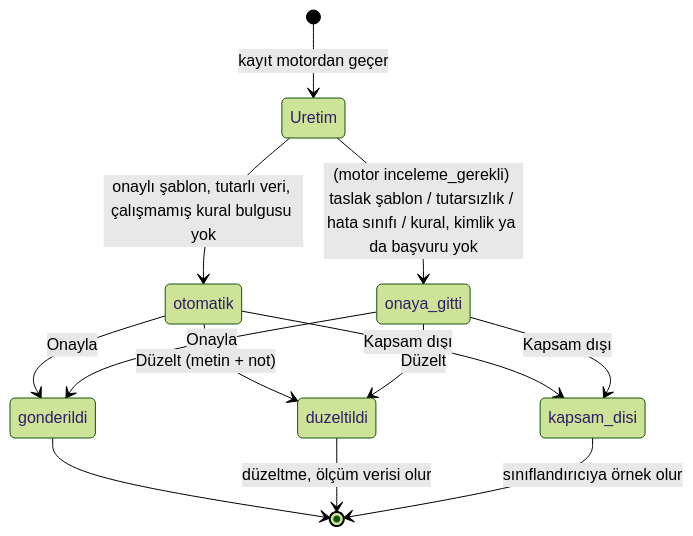
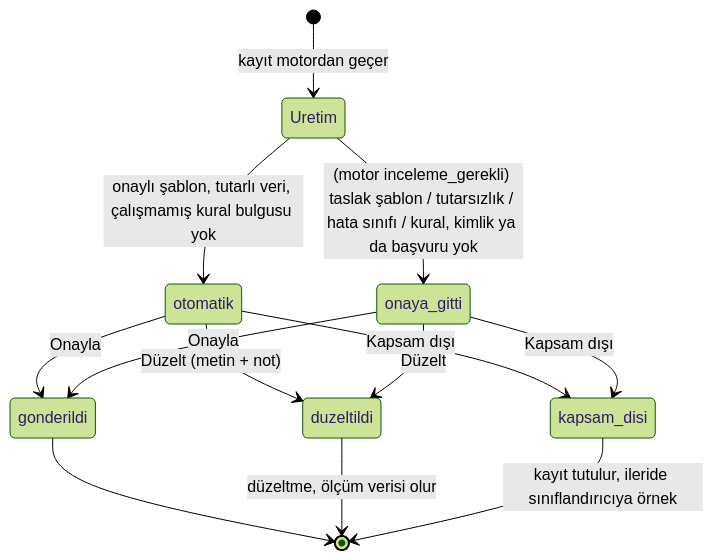
One commit to MertAErntrk/ykb-insource-projects changed the diagram in strateji-cevap/docs/analiz_mimari/diyagram/09_durum.mmd. Above: the diagram before and after it, drawn with Mermaid (forest theme). The commit also changed 7 other files, not shown here.

```diff
--- a/strateji-cevap/docs/analiz_mimari/diyagram/09_durum.mmd
+++ b/strateji-cevap/docs/analiz_mimari/diyagram/09_durum.mmd
@@ -1,13 +1,13 @@
 stateDiagram-v2
     [*] --> Uretim : kayıt motordan geçer
     Uretim --> otomatik : onaylı şablon, tutarlı veri, çalışmamış kural bulgusu yok
     Uretim --> onaya_gitti : (motor inceleme_gerekli) taslak şablon / tutarsızlık / hata sınıfı / kural, kimlik ya da başvuru yok
     otomatik --> gonderildi : Onayla
     otomatik --> duzeltildi : Düzelt (metin + not)
     otomatik --> kapsam_disi : Kapsam dışı
     onaya_gitti --> gonderildi : Onayla
     onaya_gitti --> duzeltildi : Düzelt
     onaya_gitti --> kapsam_disi : Kapsam dışı
     gonderildi --> [*]
     duzeltildi --> [*] : düzeltme, ölçüm verisi olur
-    kapsam_disi --> [*] : sınıflandırıcıya örnek olur
+    kapsam_disi --> [*] : kayıt tutulur, ileride sınıflandırıcıya örnek
```
